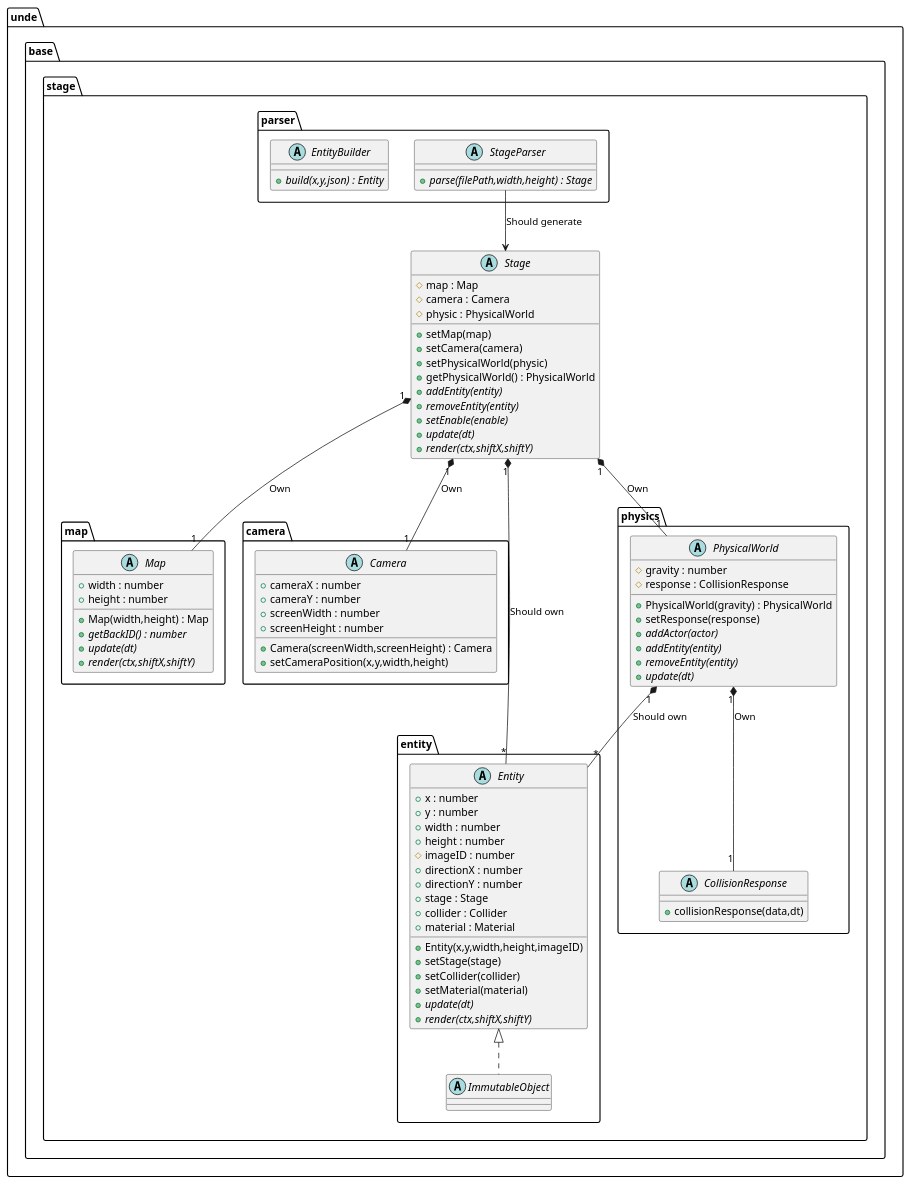
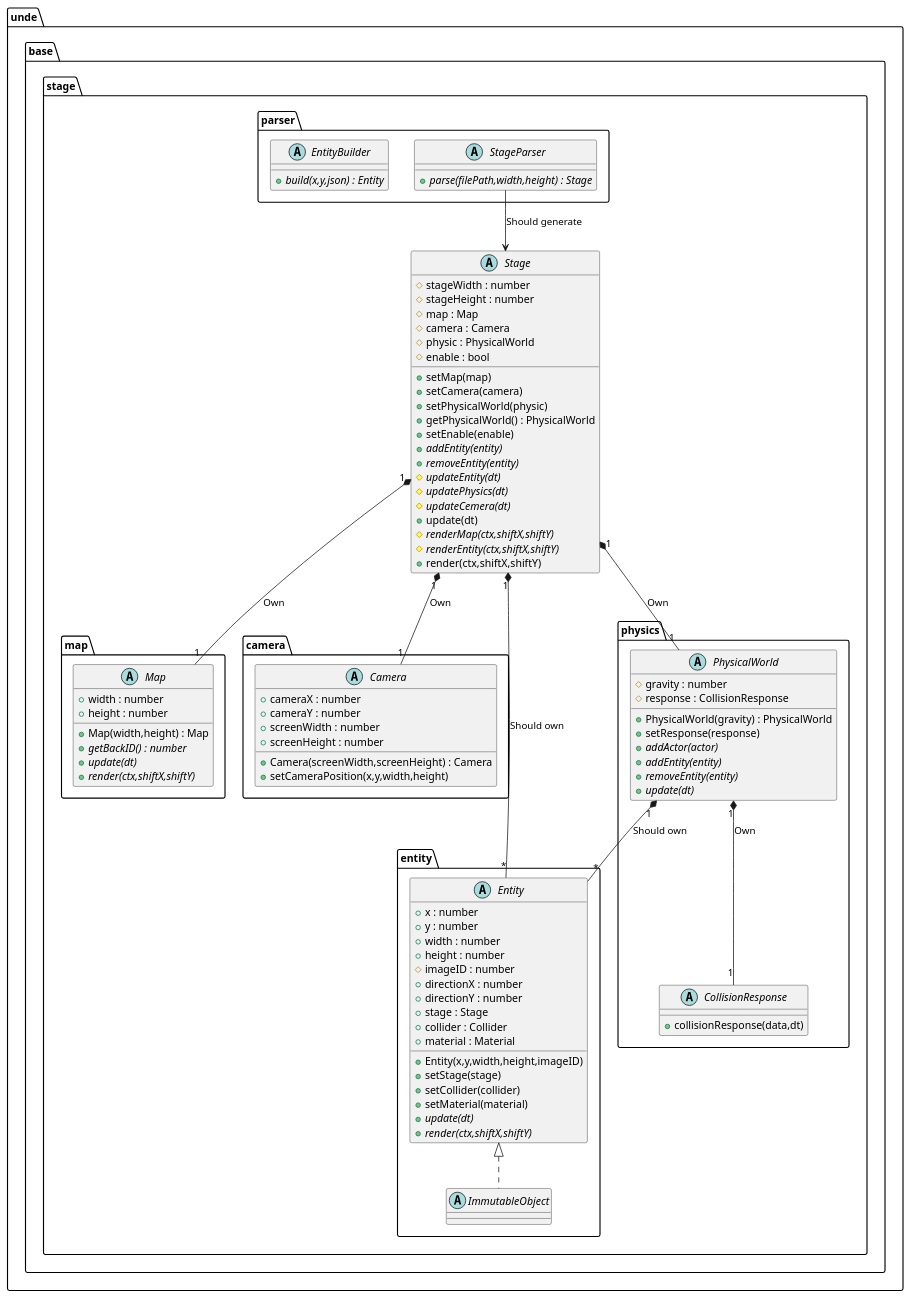
One commit to Expine/Under changed the diagram in uml/stage/Base.wsd. Above: the diagram before and after it, drawn with PlantUML. The commit also changed 15 other files, not shown here.

```diff
--- a/uml/stage/Base.wsd
+++ b/uml/stage/Base.wsd
@@ -1,98 +1,106 @@
 @startuml StageBase
 
 package unde {
     package base {
         package stage {
             abstract Stage {
+                #stageWidth : number
+                #stageHeight : number
                 #map : Map
                 #camera : Camera
                 #physic : PhysicalWorld
+                #enable : bool
                 +setMap(map)
                 +setCamera(camera)
                 +setPhysicalWorld(physic)
                 +getPhysicalWorld() : PhysicalWorld
+                +setEnable(enable)
                 {abstract} +addEntity(entity)
                 {abstract} +removeEntity(entity)
-                {abstract} +setEnable(enable)
-                {abstract} +update(dt)
-                {abstract} +render(ctx,shiftX,shiftY)
+                {abstract} #updateEntity(dt)
+                {abstract} #updatePhysics(dt)
+                {abstract} #updateCemera(dt)
+                +update(dt)
+                {abstract} #renderMap(ctx,shiftX,shiftY)
+                {abstract} #renderEntity(ctx,shiftX,shiftY)
+                +render(ctx,shiftX,shiftY)
             }
             package parser {
                 abstract StageParser {
                     {abstract} +parse(filePath,width,height) : Stage
                 }
                 abstract EntityBuilder {
                     {abstract} +build(x,y,json) : Entity
                 }
             }
             package map {
                 abstract Map {
                     +Map(width,height) : Map
                     +width : number
                     +height : number
                     {abstract} +getBackID() : number
                     {abstract} +update(dt)
                     {abstract} +render(ctx,shiftX,shiftY)
                 }
             }
             package camera {
                 abstract Camera {
                     +Camera(screenWidth,screenHeight) : Camera
                     +cameraX : number
                     +cameraY : number
                     +screenWidth : number
                     +screenHeight : number
                     +setCameraPosition(x,y,width,height)
                 }
             }
             package entity {
                 abstract Entity {
                     +Entity(x,y,width,height,imageID)
                     +x : number
                     +y : number
                     +width : number
                     +height : number
                     #imageID : number
                     +directionX : number
                     +directionY : number
                     +stage : Stage
                     +collider : Collider
                     +material : Material
                     +setStage(stage)
                     +setCollider(collider)
                     +setMaterial(material)
                     {abstract} +update(dt)
                     {abstract} +render(ctx,shiftX,shiftY)
                 }
                 abstract ImmutableObject
             }
             package physics {
                 abstract PhysicalWorld {
                     +PhysicalWorld(gravity) : PhysicalWorld
                     #gravity : number
                     #response : CollisionResponse
                     +setResponse(response)
                     {abstract} +addActor(actor)
                     {abstract} +addEntity(entity)
                     {abstract} +removeEntity(entity)
                     {abstract} +update(dt)
                 }
                 abstract CollisionResponse {
                     +collisionResponse(data,dt)
                 }
             }
         }
     }
 }
 
 StageParser --> Stage : Should generate
 Stage "1" *-- "1" Map : Own
 Stage "1" *-- "1" Camera : Own
 Stage "1" *-- "1" PhysicalWorld : Own
 Stage "1" *-- "*" Entity : Should own
 PhysicalWorld "1"*--"*" Entity : Should own
 PhysicalWorld "1"*--"1" CollisionResponse : Own
 
 Entity <|.. ImmutableObject
 
 @enduml
```
